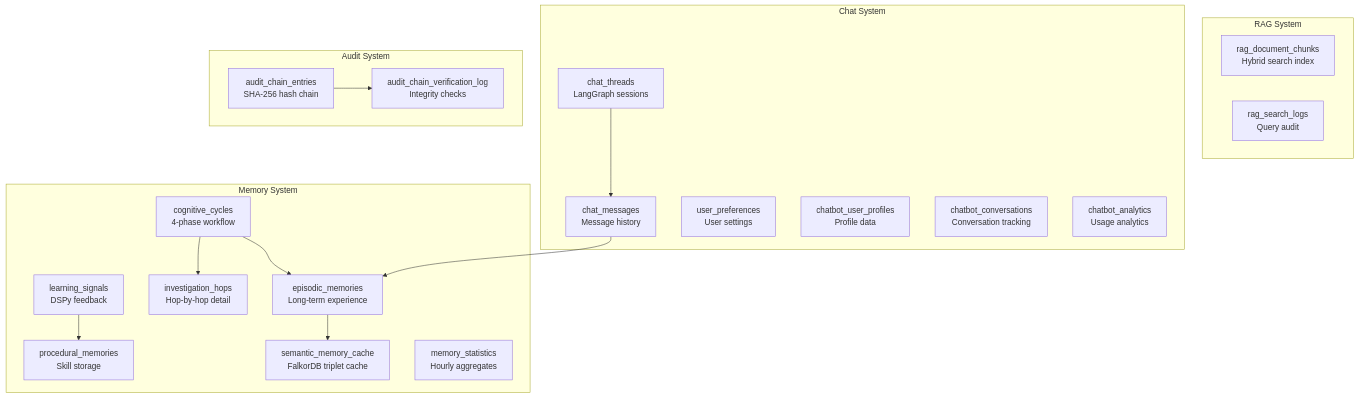
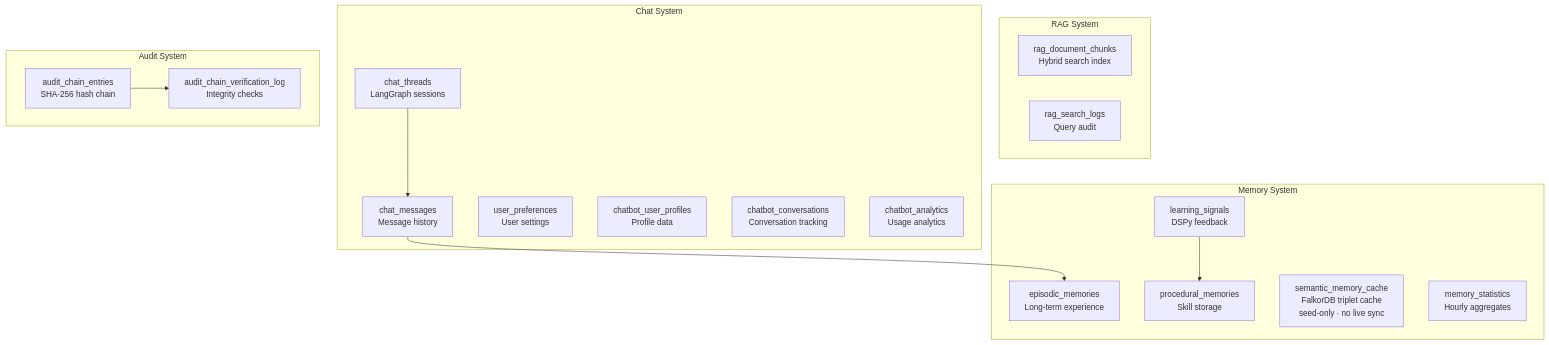
The first of 2 diagrams in docs/data/07-SUPPORTING-SCHEMAS.md (enunezvn/e2i_causal_analytics), drawn with Mermaid before and after one commit. The commit also changed other lines of this file and 3 other files, not shown here.

````diff
--- a/docs/data/07-SUPPORTING-SCHEMAS.md
+++ b/docs/data/07-SUPPORTING-SCHEMAS.md
@@ -18,39 +18,34 @@
 ```mermaid
 graph TD
     subgraph "Memory System"
         EM[episodic_memories<br/>Long-term experience]
         PM[procedural_memories<br/>Skill storage]
-        SM[semantic_memory_cache<br/>FalkorDB triplet cache]
-        CC[cognitive_cycles<br/>4-phase workflow]
-        IH[investigation_hops<br/>Hop-by-hop detail]
+        SM[semantic_memory_cache<br/>FalkorDB triplet cache<br/>seed-only · no live sync]
         LS[learning_signals<br/>DSPy feedback]
         MS[memory_statistics<br/>Hourly aggregates]
     end
 
     subgraph "RAG System"
         DC[rag_document_chunks<br/>Hybrid search index]
         SL[rag_search_logs<br/>Query audit]
     end
 
     subgraph "Chat System"
         CT[chat_threads<br/>LangGraph sessions]
         CM[chat_messages<br/>Message history]
         UP[user_preferences<br/>User settings]
         CP[chatbot_user_profiles<br/>Profile data]
         CV[chatbot_conversations<br/>Conversation tracking]
         CA[chatbot_analytics<br/>Usage analytics]
     end
 
     subgraph "Audit System"
         AC[audit_chain_entries<br/>SHA-256 hash chain]
         AV[audit_chain_verification_log<br/>Integrity checks]
     end
 
-    CC --> EM
-    CC --> IH
-    EM --> SM
     LS --> PM
     CT --> CM
     CM --> EM
     AC --> AV
 ```
````
